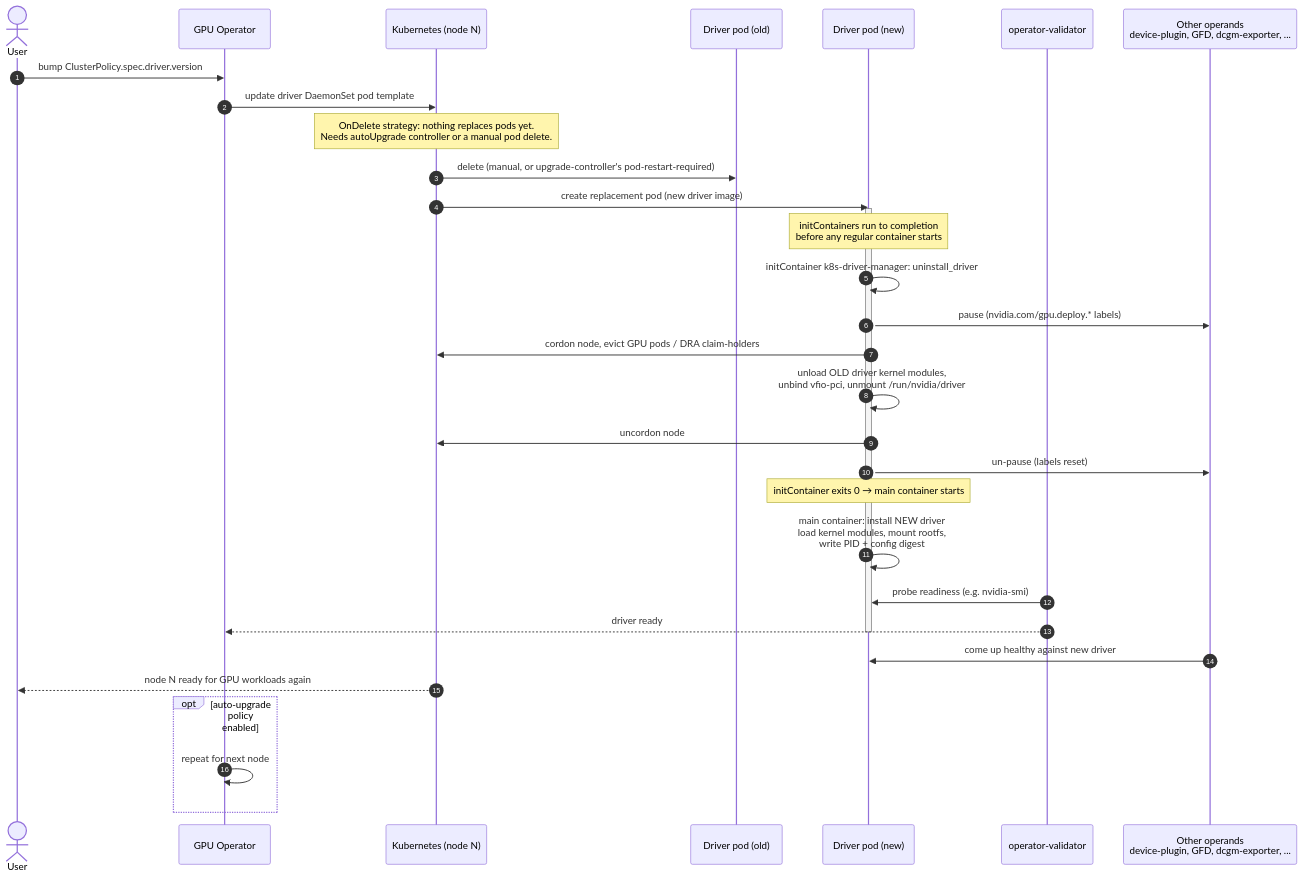
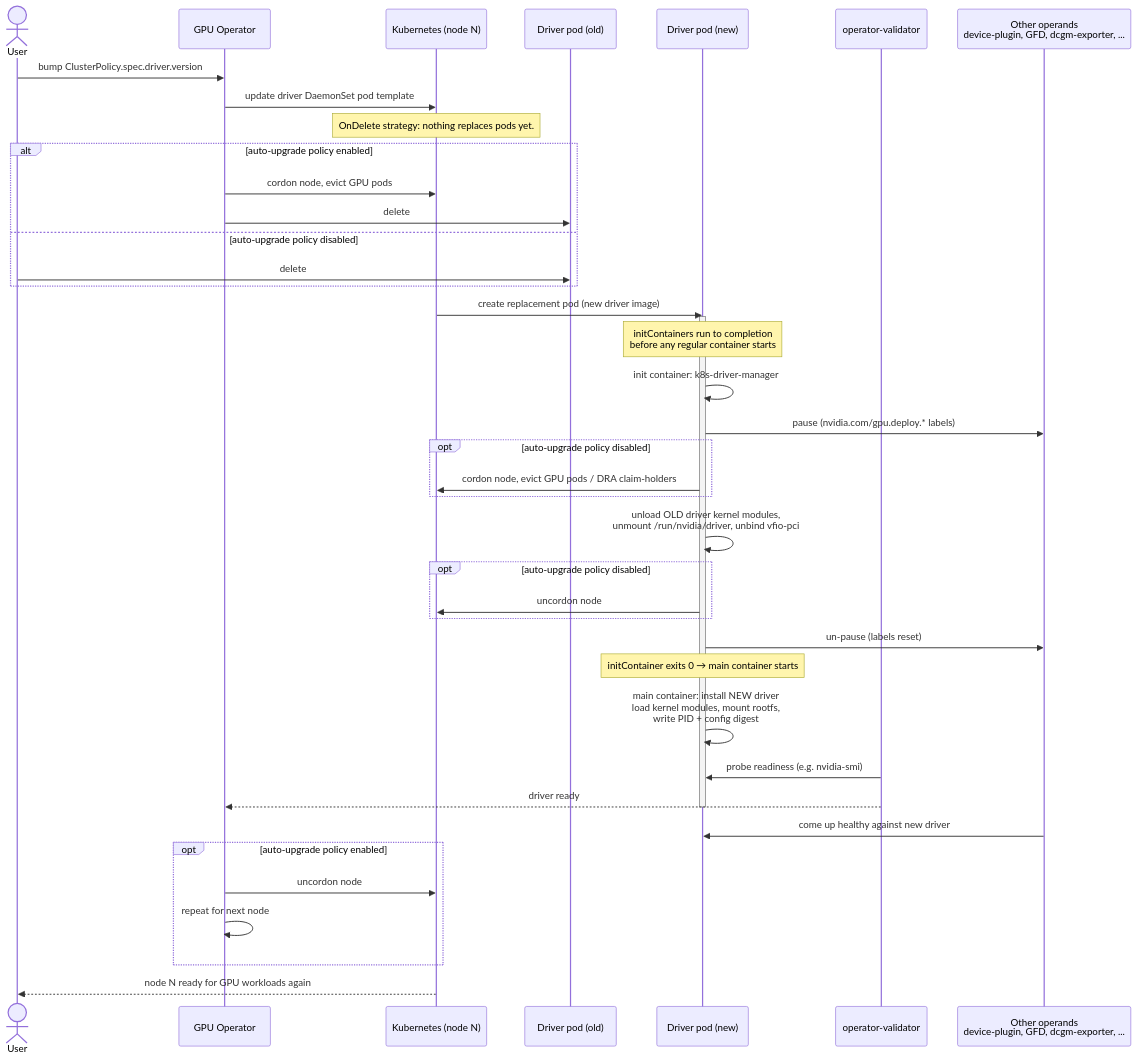
Before and after one commit to NVIDIA/k8s-test-infra: the third of 5 diagrams in enhancements/meps/0004-gpu-driver-upgrade-simulation/README.md, drawn with Mermaid. The commit also changed other lines of this file, not shown here.

Commit message:
#843: Added information about Driver installer/upgrade/ctk

````diff
--- a/enhancements/meps/0004-gpu-driver-upgrade-simulation/README.md
+++ b/enhancements/meps/0004-gpu-driver-upgrade-simulation/README.md
@@ -156,35 +222,44 @@
 ```mermaid
 sequenceDiagram
-    autonumber
     actor User
     participant GPUOperator as GPU Operator
     participant K8s as Kubernetes (node N)
     participant OldPod as Driver pod (old)
     participant NewPod as Driver pod (new)
     participant Validator as operator-validator
     participant Operands as Other operands<br/>device-plugin, GFD, dcgm-exporter, ...
 
     User->>GPUOperator: bump ClusterPolicy.spec.driver.version
     GPUOperator->>K8s: update driver DaemonSet pod template
-    Note over K8s: OnDelete strategy: nothing replaces pods yet.<br/>Needs autoUpgrade controller or a manual pod delete.
-    K8s->>OldPod: delete (manual, or upgrade-controller's pod-restart-required)
+    Note over K8s: OnDelete strategy: nothing replaces pods yet.
+    alt auto-upgrade policy enabled
+        GPUOperator->>K8s: cordon node, evict GPU pods
+        GPUOperator->>OldPod: delete
+    else auto-upgrade policy disabled
+        User->>OldPod: delete
+    end
     K8s->>NewPod: create replacement pod (new driver image)
     activate NewPod
     Note over NewPod: initContainers run to completion<br/>before any regular container starts
-    NewPod->>NewPod: initContainer k8s-driver-manager: uninstall_driver
+    NewPod->>NewPod: init container: k8s-driver-manager
     NewPod->>Operands: pause (nvidia.com/gpu.deploy.* labels)
-    NewPod->>K8s: cordon node, evict GPU pods / DRA claim-holders
-    NewPod->>NewPod: unload OLD driver kernel modules,<br/>unbind vfio-pci, unmount /run/nvidia/driver
-    NewPod->>K8s: uncordon node
+    opt auto-upgrade policy disabled
+        NewPod->>K8s: cordon node, evict GPU pods / DRA claim-holders
+    end
+    NewPod->>NewPod: unload OLD driver kernel modules,<br/>unmount /run/nvidia/driver, unbind vfio-pci
+    opt auto-upgrade policy disabled
+        NewPod->>K8s: uncordon node
+    end
     NewPod->>Operands: un-pause (labels reset)
     Note over NewPod: initContainer exits 0 → main container starts
     NewPod->>NewPod: main container: install NEW driver<br/>load kernel modules, mount rootfs,<br/>write PID + config digest
     Validator->>NewPod: probe readiness (e.g. nvidia-smi)
     Validator-->>GPUOperator: driver ready
     deactivate NewPod
     Operands->>NewPod: come up healthy against new driver
-    K8s-->>User: node N ready for GPU workloads again
     opt auto-upgrade policy enabled
+        GPUOperator->>K8s: uncordon node
         GPUOperator->>GPUOperator: repeat for next node
     end
+    K8s-->>User: node N ready for GPU workloads again
 ```
````
